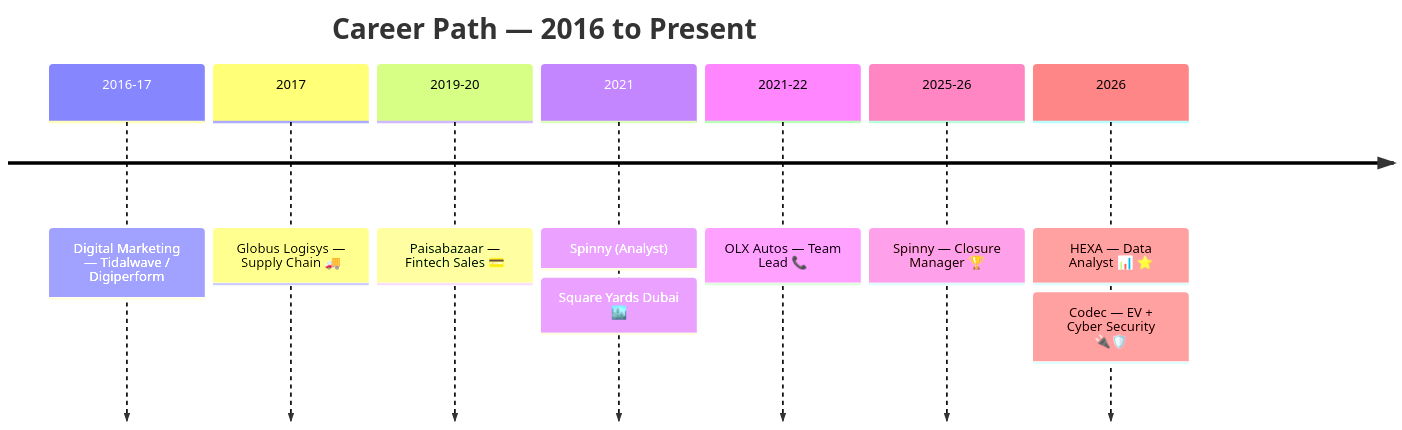
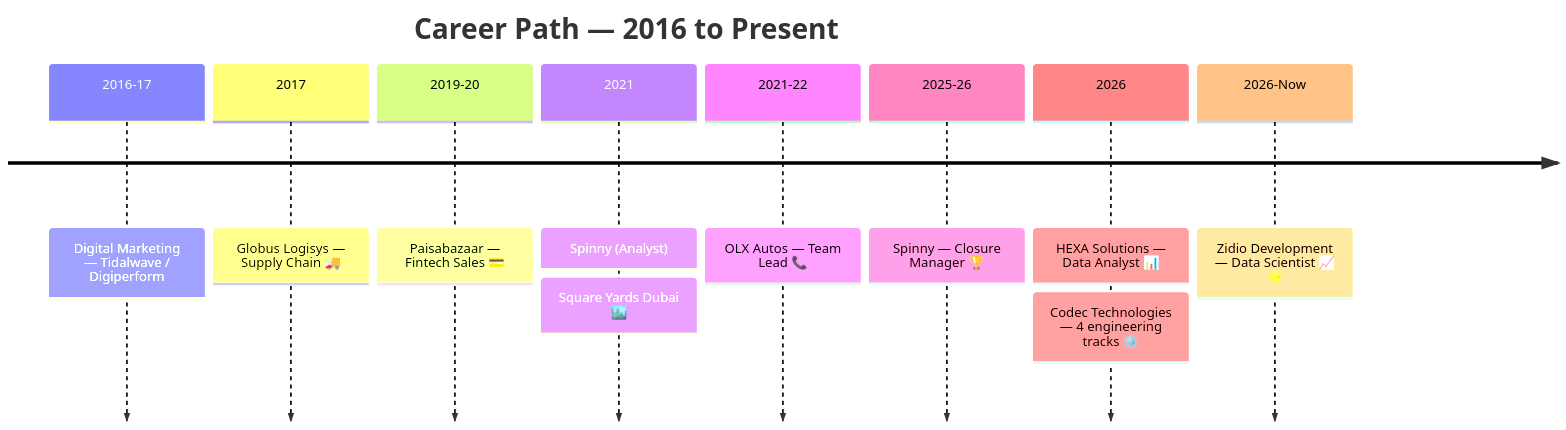
The diagram in EXPERIENCE.md (Eswar5313/Eswar5313), drawn with Mermaid before and after one commit. The commit also changed other lines of this file, not shown here.

````diff
--- a/EXPERIENCE.md
+++ b/EXPERIENCE.md
@@ -141,11 +123,12 @@
 ```mermaid
 timeline
     title Career Path — 2016 to Present
     2016-17 : Digital Marketing — Tidalwave / Digiperform
     2017 : Globus Logisys — Supply Chain 🚚
     2019-20 : Paisabazaar — Fintech Sales 💳
     2021 : Spinny (Analyst) : Square Yards Dubai 🏙️
     2021-22 : OLX Autos — Team Lead 📞
     2025-26 : Spinny — Closure Manager 🏆
-    2026 : HEXA — Data Analyst 📊 ⭐ : Codec — EV + Cyber Security 🔌🛡️
+    2026 : HEXA Solutions — Data Analyst 📊 : Codec Technologies — 4 engineering tracks ⚙️
+    2026-Now : Zidio Development — Data Scientist 📈 ⭐
 ```
````
